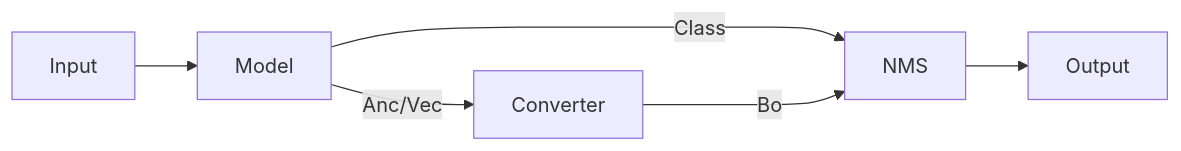
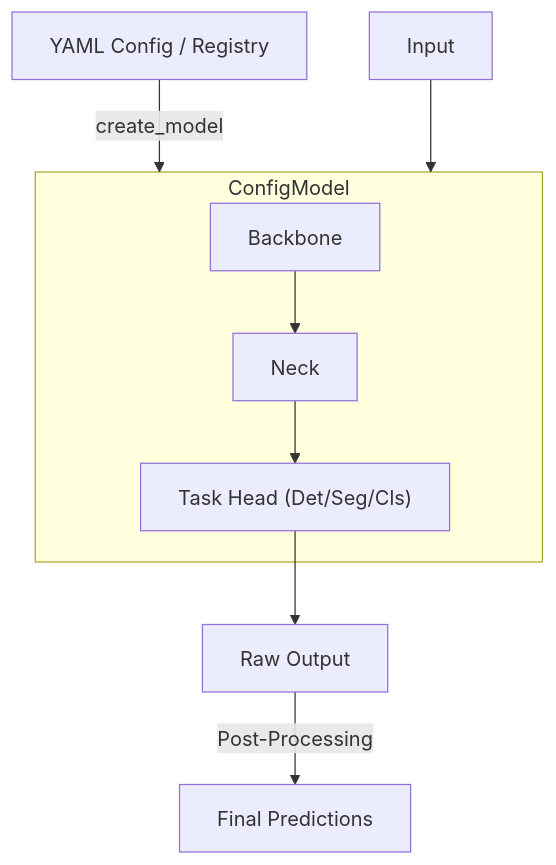
Before and after one commit to shreyaskamathkm/yolo: the diagram in docs/1_tutorials/2_buildmodel.md, drawn with Mermaid. The commit also changed other lines of this file and 21 other files, not shown here.

First line of the commit message:
Model Architecture & Builder Refactor (#25)

````diff
--- a/docs/1_tutorials/2_buildmodel.md
+++ b/docs/1_tutorials/2_buildmodel.md
@@ -5,8 +5,11 @@
 ```mermaid
-flowchart LR
-Input-->Model;
-Model--Class-->NMS;
-Model--Anc/Vec-->Converter;
-Converter--Box-->NMS;
-NMS-->Output;
+flowchart TD
+    Config["YAML Config / Registry"] -- create_model --> Model
+    Input --> Model
+    subgraph Model [ConfigModel]
+        Backbone --> Neck
+        Neck --> Head["Task Head (Det/Seg/Cls)"]
+    end
+    Head --> Output["Raw Output"]
+    Output -- Post-Processing --> Final["Final Predictions"]
 ```
````
